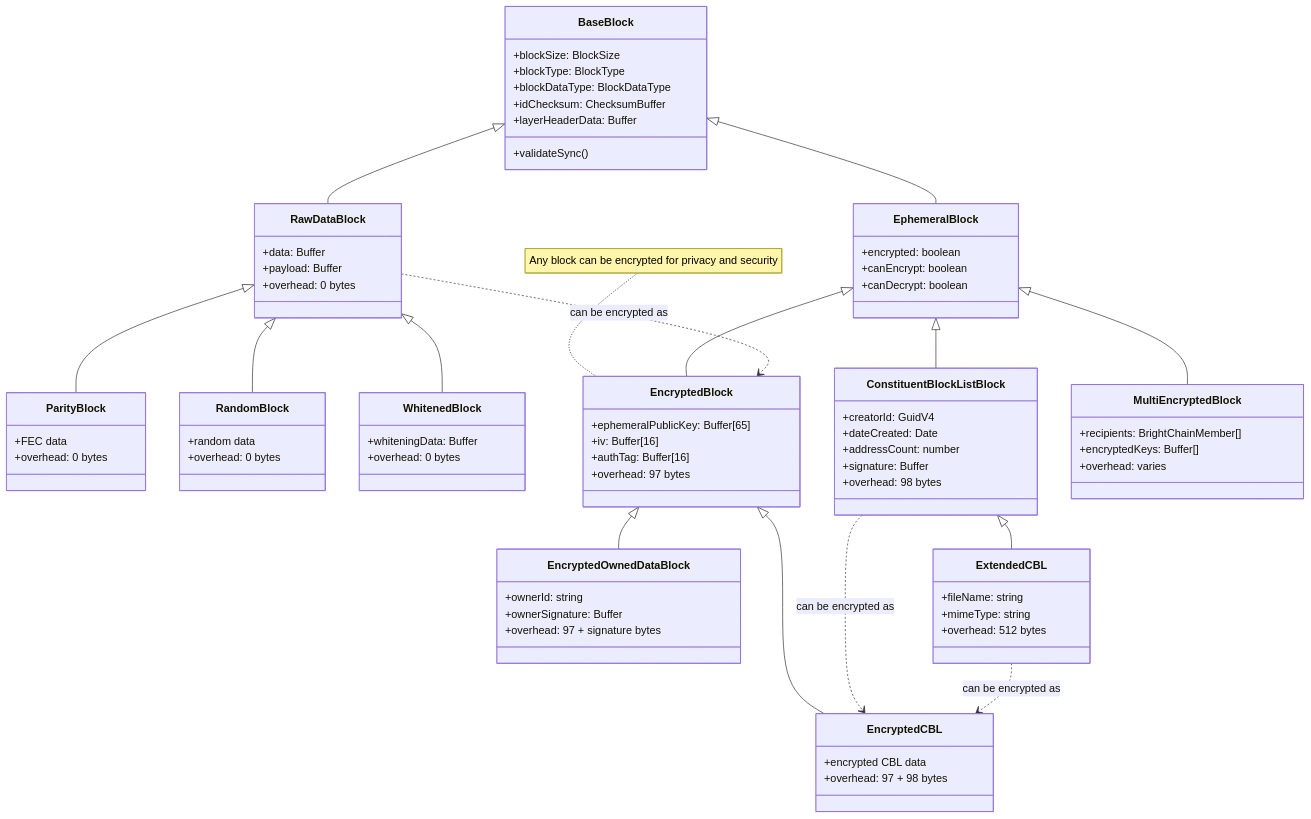
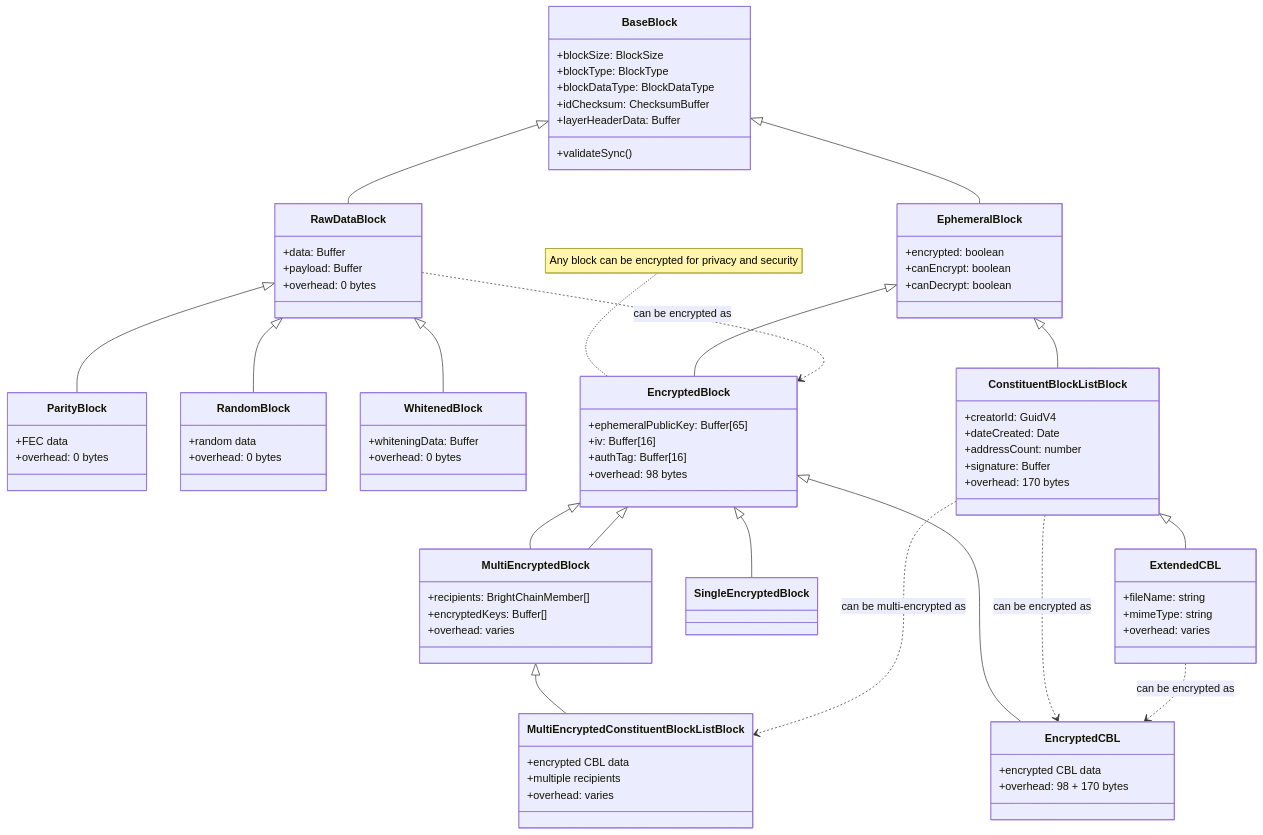
Before and after one commit to Digital-Defiance/BrightChain: the first of 2 diagrams in docs/blockHierarchy.md, drawn with Mermaid. The commit also changed other lines of this file and 372 other files, not shown here.

```diff
--- a/docs/blockHierarchy.md
+++ b/docs/blockHierarchy.md
@@ -137,13 +155,16 @@
     RawDataBlock <|-- WhitenedBlock
     EphemeralBlock <|-- EncryptedBlock
     EphemeralBlock <|-- ConstituentBlockListBlock
-    EphemeralBlock <|-- MultiEncryptedBlock
+    EncryptedBlock <|-- MultiEncryptedBlock
+    EncryptedBlock <|-- SingleEncryptedBlock
+    EncryptedBlock <|-- MultiEncryptedBlock
     EncryptedBlock <|-- EncryptedCBL
-    EncryptedBlock <|-- EncryptedOwnedDataBlock
     ConstituentBlockListBlock <|-- ExtendedCBL
+    MultiEncryptedBlock <|-- MultiEncryptedConstituentBlockListBlock
 
     %% Encryption Capabilities
     ConstituentBlockListBlock ..> EncryptedCBL: can be encrypted as
+    ConstituentBlockListBlock ..> MultiEncryptedConstituentBlockListBlock: can be multi-encrypted as
     ExtendedCBL ..> EncryptedCBL: can be encrypted as
     RawDataBlock ..> EncryptedBlock: can be encrypted as
 
@@ -172,7 +193,7 @@
         +ephemeralPublicKey: Buffer[65]
         +iv: Buffer[16]
         +authTag: Buffer[16]
-        +overhead: 97 bytes
+        +overhead: 98 bytes
     }
 
     class ConstituentBlockListBlock {
@@ -180,18 +201,24 @@
         +dateCreated: Date
         +addressCount: number
         +signature: Buffer
-        +overhead: 98 bytes
+        +overhead: 170 bytes
     }
 
     class ExtendedCBL {
         +fileName: string
         +mimeType: string
-        +overhead: 512 bytes
+        +overhead: varies
     }
 
     class MultiEncryptedBlock {
         +recipients: BrightChainMember[]
         +encryptedKeys: Buffer[]
+        +overhead: varies
+    }
+
+    class MultiEncryptedConstituentBlockListBlock {
+        +encrypted CBL data
+        +multiple recipients
         +overhead: varies
     }
 
@@ -212,13 +239,7 @@
 
     class EncryptedCBL {
         +encrypted CBL data
-        +overhead: 97 + 98 bytes
-    }
-
-    class EncryptedOwnedDataBlock {
-        +ownerId: string
-        +ownerSignature: Buffer
-        +overhead: 97 + signature bytes
+        +overhead: 98 + 170 bytes
     }
 
     %% Note
```
